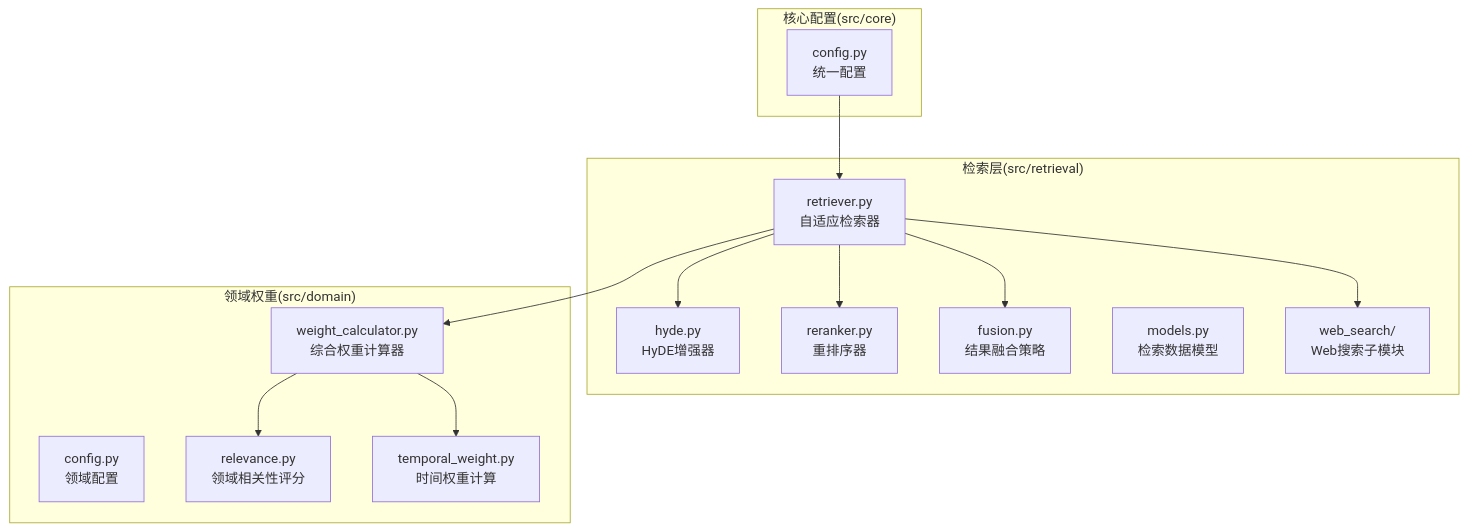
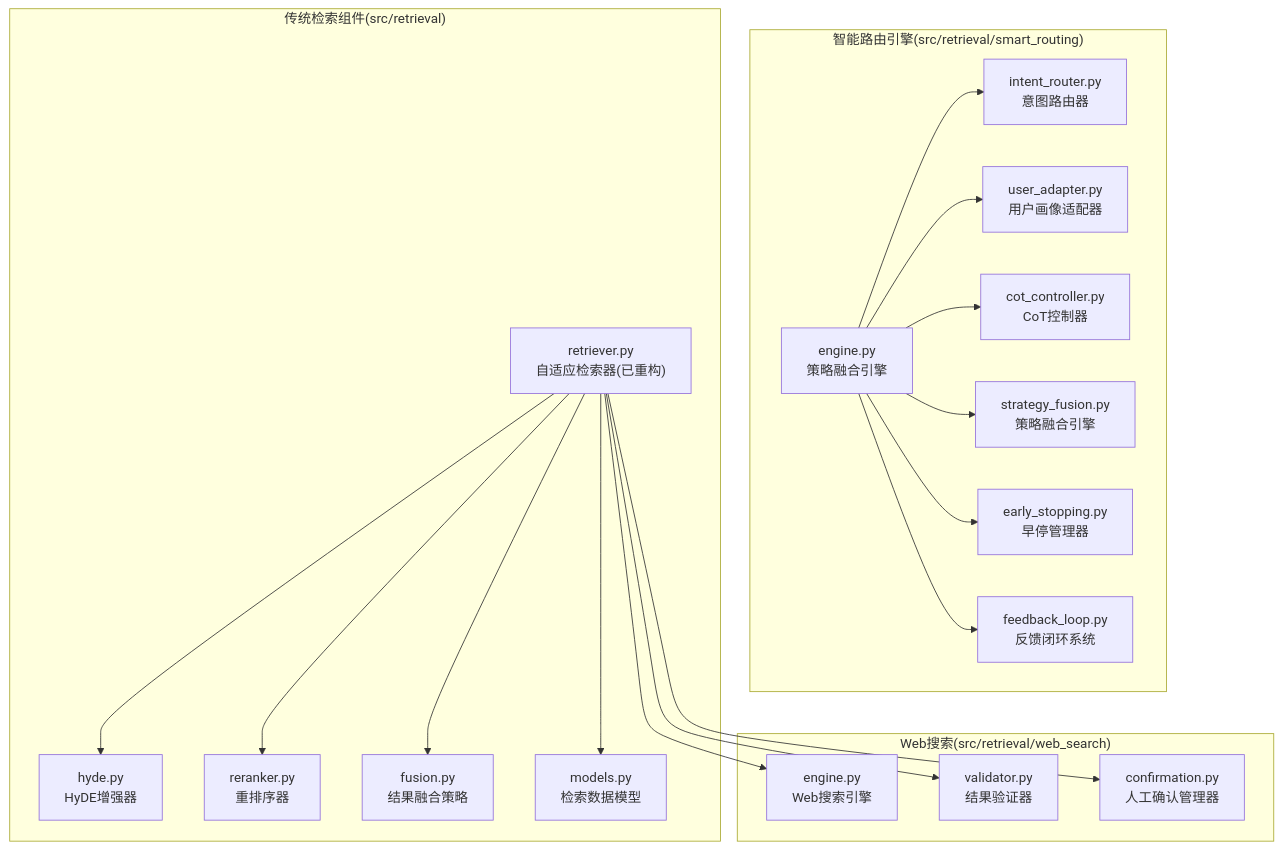
The first of 10 diagrams in .qoder/repowiki/zh/content/检索引擎模块/检索引擎模块.md (JieGaoPrinceton/NecoRAG), drawn with Mermaid before and after one commit. The commit also changed other lines of this file and 82 other files, not shown here.

First line of the commit message:
docs(smart_routing): 更新交互层模块为智能路由与策略融合架构

````diff
--- a/.qoder/repowiki/zh/content/检索引擎模块/检索引擎模块.md
+++ b/.qoder/repowiki/zh/content/检索引擎模块/检索引擎模块.md
@@ -41,28 +60,37 @@
 ```mermaid
 graph TB
-subgraph "检索层(src/retrieval)"
-A["retriever.py<br/>自适应检索器"]
-B["hyde.py<br/>HyDE增强器"]
-C["reranker.py<br/>重排序器"]
-D["fusion.py<br/>结果融合策略"]
-E["models.py<br/>检索数据模型"]
-F["web_search/<br/>Web搜索子模块"]
+subgraph "智能路由引擎(src/retrieval/smart_routing)"
+A["engine.py<br/>策略融合引擎"]
+B["intent_router.py<br/>意图路由器"]
+C["user_adapter.py<br/>用户画像适配器"]
+D["cot_controller.py<br/>CoT控制器"]
+E["strategy_fusion.py<br/>策略融合引擎"]
+F["early_stopping.py<br/>早停管理器"]
+G["feedback_loop.py<br/>反馈闭环系统"]
 end
-subgraph "领域权重(src/domain)"
-G["config.py<br/>领域配置"]
-H["weight_calculator.py<br/>综合权重计算器"]
-I["relevance.py<br/>领域相关性评分"]
-J["temporal_weight.py<br/>时间权重计算"]
+subgraph "传统检索组件(src/retrieval)"
+H["retriever.py<br/>自适应检索器(已重构)"]
+I["hyde.py<br/>HyDE增强器"]
+J["reranker.py<br/>重排序器"]
+K["fusion.py<br/>结果融合策略"]
+L["models.py<br/>检索数据模型"]
 end
-subgraph "核心配置(src/core)"
-K["config.py<br/>统一配置"]
+subgraph "Web搜索(src/retrieval/web_search)"
+M["engine.py<br/>Web搜索引擎"]
+N["validator.py<br/>结果验证器"]
+O["confirmation.py<br/>人工确认管理器"]
 end
 A --> B
 A --> C
 A --> D
+A --> E
 A --> F
-A --> H
+A --> G
 H --> I
 H --> J
-K --> A
+H --> K
+H --> L
+H --> M
+H --> N
+H --> O
 ```
````
